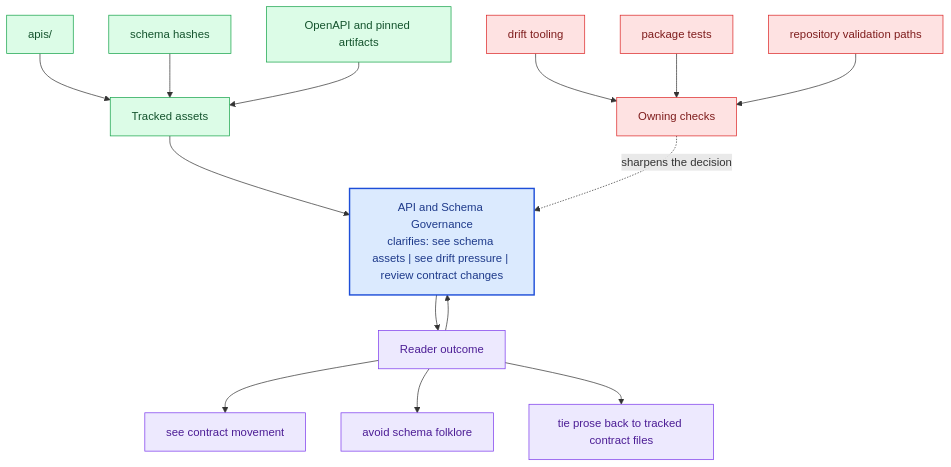
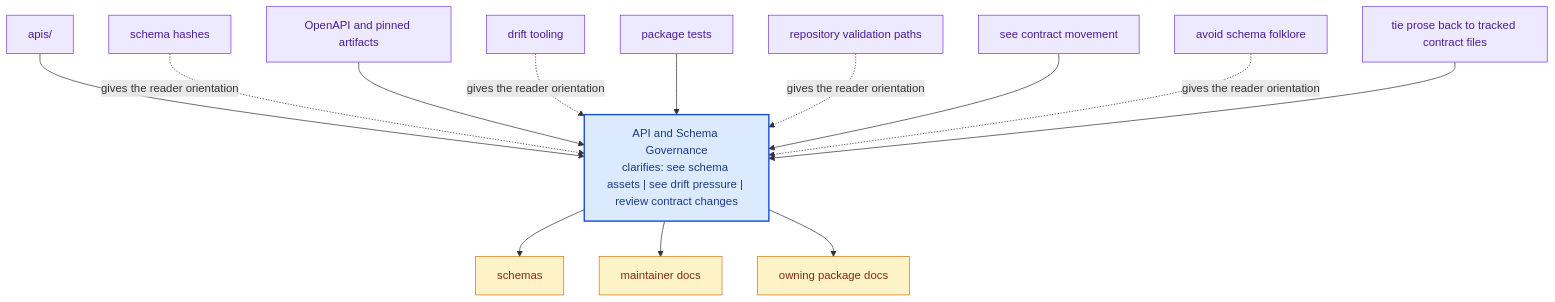
Before and after one commit to bijux/bijux-canon: the diagram in docs/bijux-canon/api-and-schema-governance.md, drawn with Mermaid. The commit also changed other lines of this file and 281 other files, not shown here.

Commit message:
docs(diagrams): replace repeated mermaid scaffolds with page-specific summaries

````diff
--- a/docs/bijux-canon/api-and-schema-governance.md
+++ b/docs/bijux-canon/api-and-schema-governance.md
@@ -69,40 +24,36 @@
 ```mermaid
 flowchart TB
-    promise["API and Schema Governance<br/>clarifies: see schema assets | see drift pressure | review contract changes"]
-    classDef promise fill:#dbeafe,stroke:#1d4ed8,color:#1e3a8a,stroke-width:2px;
-    classDef driver fill:#dcfce7,stroke:#16a34a,color:#14532d;
-    classDef constraint fill:#fee2e2,stroke:#dc2626,color:#7f1d1d;
-    classDef ground fill:#ede9fe,stroke:#7c3aed,color:#4c1d95;
-    focus1["Tracked assets"]
-    focus1 --> promise
-    focus1_1["apis/"]
-    focus1_1 --> focus1
-    focus1_2["schema hashes"]
-    focus1_2 --> focus1
-    focus1_3["OpenAPI and pinned artifacts"]
-    focus1_3 --> focus1
-    class focus1 driver;
-    class focus1_1,focus1_2,focus1_3 driver;
-    focus2["Owning checks"]
-    focus2 -.sharpens the decision.-> promise
-    focus2_1["drift tooling"]
-    focus2_1 --> focus2
-    focus2_2["package tests"]
-    focus2_2 --> focus2
-    focus2_3["repository validation paths"]
-    focus2_3 --> focus2
-    class focus2 constraint;
-    class focus2_1,focus2_2,focus2_3 constraint;
-    focus3["Reader outcome"]
-    focus3 --> promise
-    promise --> focus3
-    focus3_1["see contract movement"]
-    focus3 --> focus3_1
-    focus3_2["avoid schema folklore"]
-    focus3 --> focus3_2
-    focus3_3["tie prose back to tracked contract files"]
-    focus3 --> focus3_3
-    class focus3 ground;
-    class focus3_1,focus3_2,focus3_3 ground;
-    class promise promise;
+    page["API and Schema Governance<br/>clarifies: see schema assets | see drift pressure | review contract changes"]
+    classDef page fill:#dbeafe,stroke:#1d4ed8,color:#1e3a8a,stroke-width:2px;
+    classDef positive fill:#dcfce7,stroke:#16a34a,color:#14532d;
+    classDef caution fill:#fee2e2,stroke:#dc2626,color:#7f1d1d;
+    classDef anchor fill:#ede9fe,stroke:#7c3aed,color:#4c1d95;
+    classDef action fill:#fef3c7,stroke:#d97706,color:#7c2d12;
+    detail1["apis/"]
+    detail1 --> page
+    detail2["schema hashes"]
+    detail2 -.gives the reader orientation.-> page
+    detail3["OpenAPI and pinned artifacts"]
+    detail3 --> page
+    detail4["drift tooling"]
+    detail4 -.gives the reader orientation.-> page
+    detail5["package tests"]
+    detail5 --> page
+    detail6["repository validation paths"]
+    detail6 -.gives the reader orientation.-> page
+    detail7["see contract movement"]
+    detail7 --> page
+    detail8["avoid schema folklore"]
+    detail8 -.gives the reader orientation.-> page
+    detail9["tie prose back to tracked contract files"]
+    detail9 --> page
+    next1["schemas"]
+    page --> next1
+    next2["maintainer docs"]
+    page --> next2
+    next3["owning package docs"]
+    page --> next3
+    class page page;
+    class detail1,detail2,detail3,detail4,detail5,detail6,detail7,detail8,detail9 anchor;
+    class next1,next2,next3 action;
 ```
````
